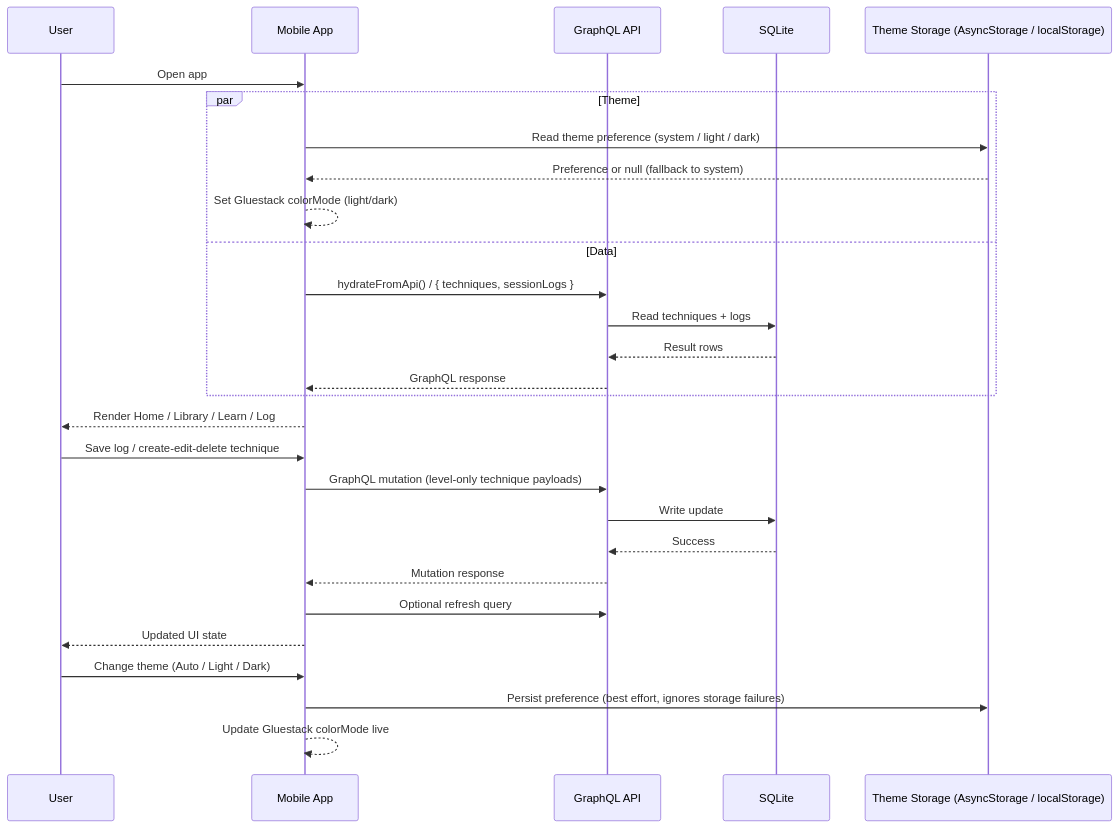
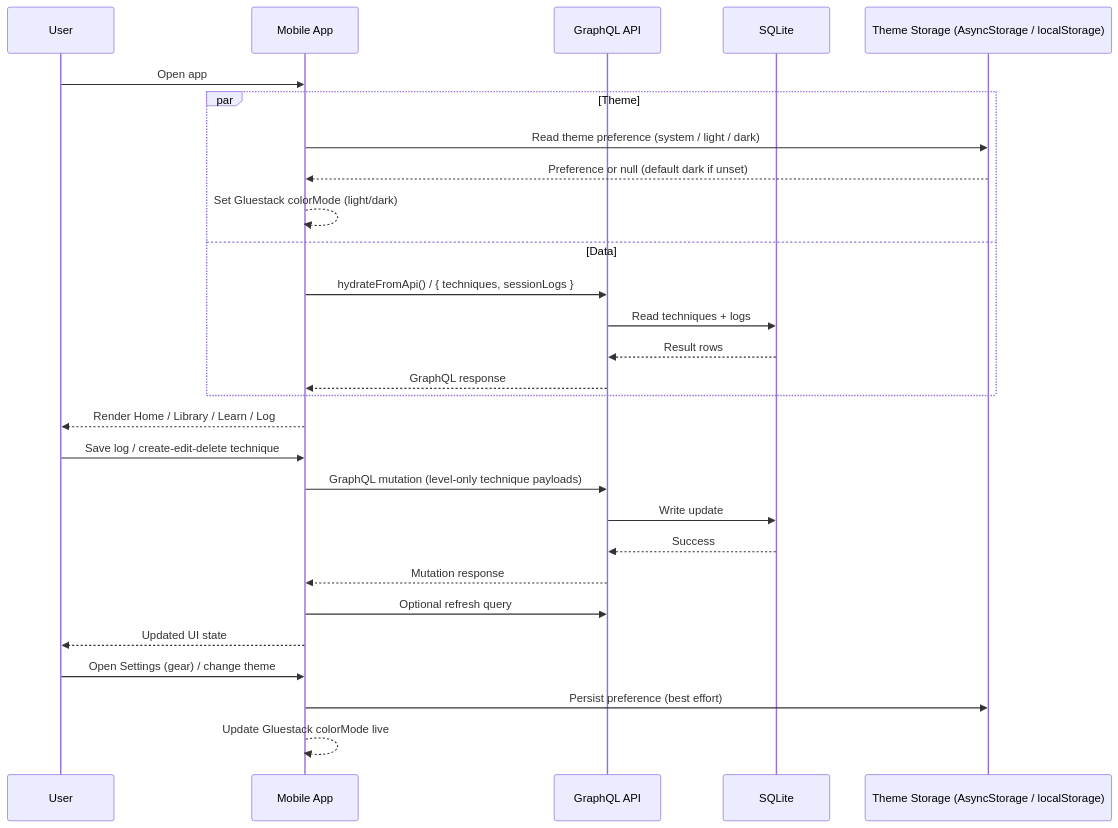
One commit to rm-jordan/rolltrack changed the second of 5 diagrams in README.md. Above: the diagram before and after it, drawn with Mermaid. The commit also changed other lines of this file and 5 other files, not shown here.

````diff
--- a/README.md
+++ b/README.md
@@ -77,33 +87,33 @@
 ```mermaid
 sequenceDiagram
   participant User
   participant Mobile as Mobile App
   participant API as GraphQL API
   participant DB as SQLite
   participant Store as Theme Storage (AsyncStorage / localStorage)
 
   User->>Mobile: Open app
   par Theme
     Mobile->>Store: Read theme preference (system / light / dark)
-    Store-->>Mobile: Preference or null (fallback to system)
+    Store-->>Mobile: Preference or null (default dark if unset)
     Mobile-->>Mobile: Set Gluestack colorMode (light/dark)
   and Data
     Mobile->>API: hydrateFromApi() / { techniques, sessionLogs }
     API->>DB: Read techniques + logs
     DB-->>API: Result rows
     API-->>Mobile: GraphQL response
   end
   Mobile-->>User: Render Home / Library / Learn / Log
 
   User->>Mobile: Save log / create-edit-delete technique
   Mobile->>API: GraphQL mutation (level-only technique payloads)
   API->>DB: Write update
   DB-->>API: Success
   API-->>Mobile: Mutation response
   Mobile->>API: Optional refresh query
   Mobile-->>User: Updated UI state
 
-  User->>Mobile: Change theme (Auto / Light / Dark)
-  Mobile->>Store: Persist preference (best effort, ignores storage failures)
+  User->>Mobile: Open Settings (gear) / change theme
+  Mobile->>Store: Persist preference (best effort)
   Mobile-->>Mobile: Update Gluestack colorMode live
 ```
````
